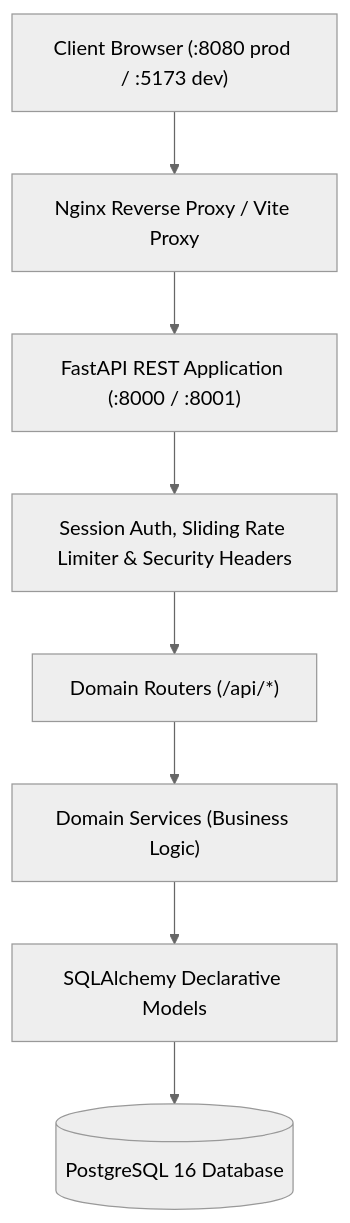
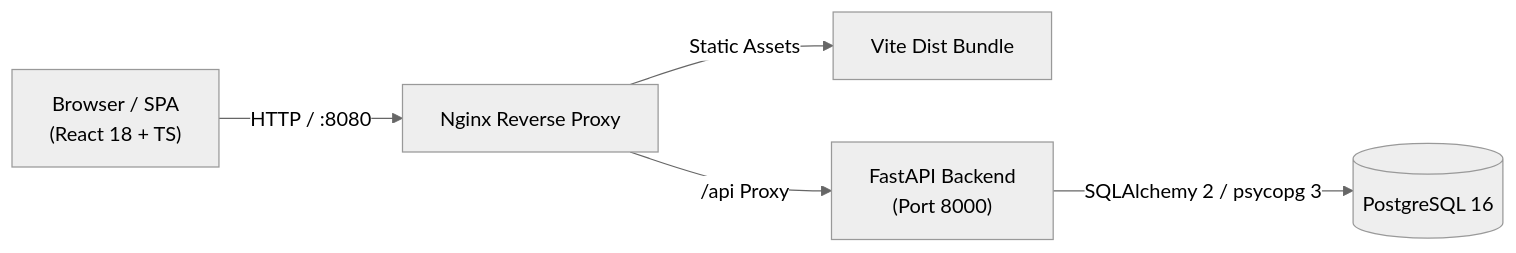
Before and after one commit to adexo-77/university-internship-platform: the diagram in README.md, drawn with Mermaid (neutral theme). The commit also changed other lines of this file, not shown here.

````diff
--- a/README.md
+++ b/README.md
@@ -81,13 +65,7 @@
 ```mermaid
-flowchart TD
-    Client["Client Browser (:8080 prod / :5173 dev)"]
-    Proxy["Nginx Reverse Proxy / Vite Proxy"]
-    FastAPI["FastAPI REST Application (:8000 / :8001)"]
-    Middleware["Session Auth, Sliding Rate Limiter & Security Headers"]
-    Routers["Domain Routers (/api/*)"]
-    Services["Domain Services (Business Logic)"]
-    Models["SQLAlchemy Declarative Models"]
-    DB[("PostgreSQL 16 Database")]
-
-    Client --> Proxy --> FastAPI --> Middleware --> Routers --> Services --> Models --> DB
+graph LR
+    Browser["Browser / SPA<br/>(React 18 + TS)"] -->|HTTP / :8080| Nginx["Nginx Reverse Proxy"]
+    Nginx -->|Static Assets| SPA["Vite Dist Bundle"]
+    Nginx -->|/api Proxy| FastAPI["FastAPI Backend<br/>(Port 8000)"]
+    FastAPI -->|SQLAlchemy 2 / psycopg 3| Postgres[("PostgreSQL 16")]
 ```
````
